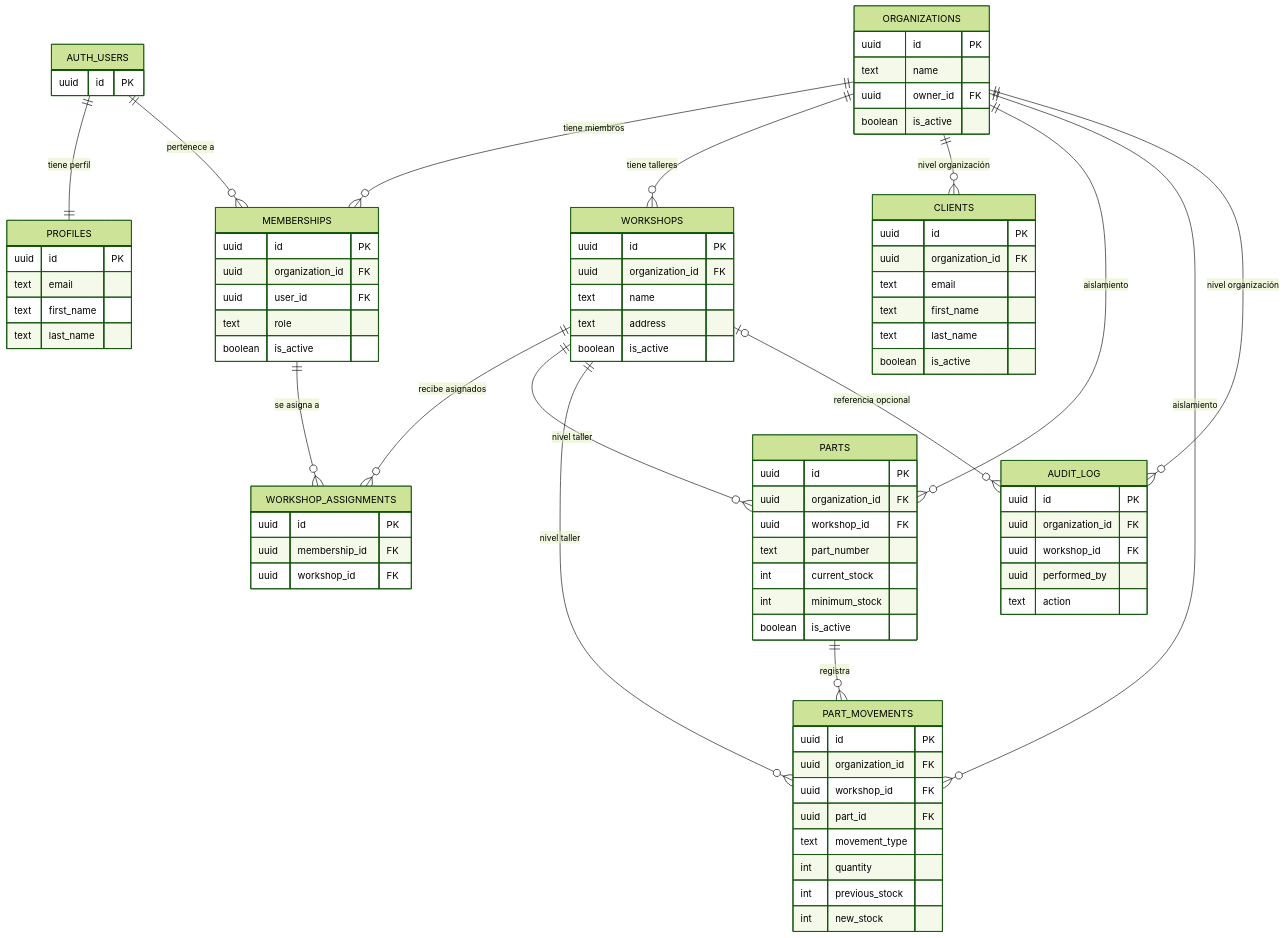
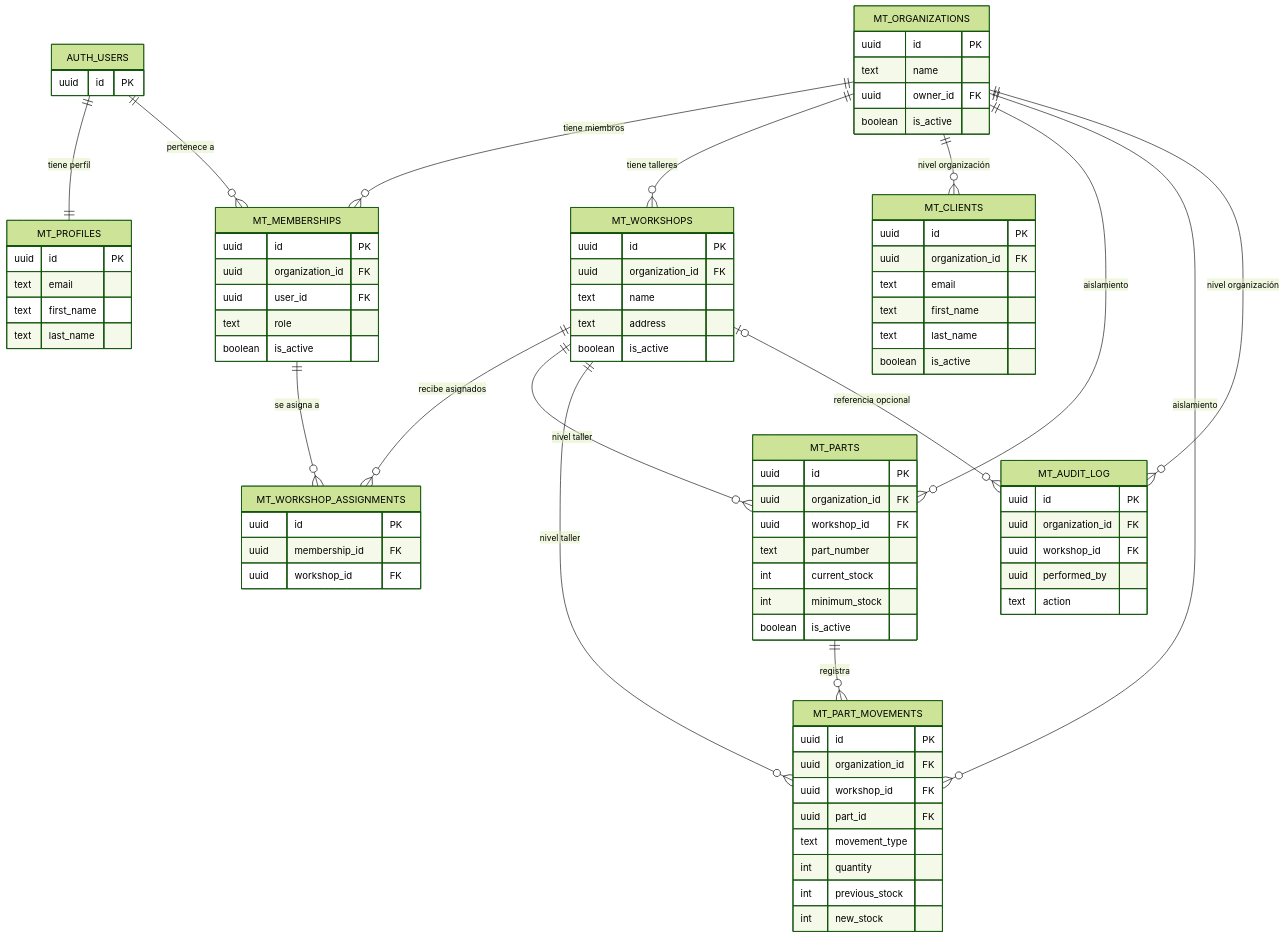
One commit to dtarqui/MotoCore changed the diagram in docs/ingenieria/05-modelo-datos.md. Above: the diagram before and after it, drawn with Mermaid (forest theme). The commit also changed other lines of this file and 27 other files, not shown here.

Commit message:
refactor: database schema and functions for MotoCore: rename tables and functions with 'mt_' prefix, implement row-level security, and update migration scripts. Add reset and verification scripts for schema integrity.

````diff
--- a/docs/ingenieria/05-modelo-datos.md
+++ b/docs/ingenieria/05-modelo-datos.md
@@ -9,53 +9,53 @@
 ```mermaid
 erDiagram
-    AUTH_USERS ||--|| PROFILES : "tiene perfil"
-    AUTH_USERS ||--o{ MEMBERSHIPS : "pertenece a"
-    ORGANIZATIONS ||--o{ MEMBERSHIPS : "tiene miembros"
-    ORGANIZATIONS ||--o{ WORKSHOPS : "tiene talleres"
-    MEMBERSHIPS ||--o{ WORKSHOP_ASSIGNMENTS : "se asigna a"
-    WORKSHOPS ||--o{ WORKSHOP_ASSIGNMENTS : "recibe asignados"
-    ORGANIZATIONS ||--o{ CLIENTS : "nivel organización"
-    ORGANIZATIONS ||--o{ PARTS : "aislamiento"
-    WORKSHOPS ||--o{ PARTS : "nivel taller"
-    PARTS ||--o{ PART_MOVEMENTS : "registra"
-    ORGANIZATIONS ||--o{ PART_MOVEMENTS : "aislamiento"
-    WORKSHOPS ||--o{ PART_MOVEMENTS : "nivel taller"
-    ORGANIZATIONS ||--o{ AUDIT_LOG : "nivel organización"
-    WORKSHOPS |o--o{ AUDIT_LOG : "referencia opcional"
+    AUTH_USERS ||--|| MT_PROFILES : "tiene perfil"
+    AUTH_USERS ||--o{ MT_MEMBERSHIPS : "pertenece a"
+    MT_ORGANIZATIONS ||--o{ MT_MEMBERSHIPS : "tiene miembros"
+    MT_ORGANIZATIONS ||--o{ MT_WORKSHOPS : "tiene talleres"
+    MT_MEMBERSHIPS ||--o{ MT_WORKSHOP_ASSIGNMENTS : "se asigna a"
+    MT_WORKSHOPS ||--o{ MT_WORKSHOP_ASSIGNMENTS : "recibe asignados"
+    MT_ORGANIZATIONS ||--o{ MT_CLIENTS : "nivel organización"
+    MT_ORGANIZATIONS ||--o{ MT_PARTS : "aislamiento"
+    MT_WORKSHOPS ||--o{ MT_PARTS : "nivel taller"
+    MT_PARTS ||--o{ MT_PART_MOVEMENTS : "registra"
+    MT_ORGANIZATIONS ||--o{ MT_PART_MOVEMENTS : "aislamiento"
+    MT_WORKSHOPS ||--o{ MT_PART_MOVEMENTS : "nivel taller"
+    MT_ORGANIZATIONS ||--o{ MT_AUDIT_LOG : "nivel organización"
+    MT_WORKSHOPS |o--o{ MT_AUDIT_LOG : "referencia opcional"
 
     AUTH_USERS { uuid id PK }
-    PROFILES {
+    MT_PROFILES {
         uuid id PK
         text email
         text first_name
         text last_name
     }
-    ORGANIZATIONS {
+    MT_ORGANIZATIONS {
         uuid id PK
         text name
         uuid owner_id FK
         boolean is_active
     }
-    WORKSHOPS {
+    MT_WORKSHOPS {
         uuid id PK
         uuid organization_id FK
         text name
         text address
         boolean is_active
     }
-    MEMBERSHIPS {
+    MT_MEMBERSHIPS {
         uuid id PK
         uuid organization_id FK
         uuid user_id FK
         text role
         boolean is_active
     }
-    WORKSHOP_ASSIGNMENTS {
+    MT_WORKSHOP_ASSIGNMENTS {
         uuid id PK
         uuid membership_id FK
         uuid workshop_id FK
     }
-    CLIENTS {
+    MT_CLIENTS {
         uuid id PK
         uuid organization_id FK
         text email
@@ -63,7 +63,7 @@
         text last_name
         boolean is_active
     }
-    PARTS {
+    MT_PARTS {
         uuid id PK
         uuid organization_id FK
         uuid workshop_id FK
@@ -72,7 +72,7 @@
         int minimum_stock
         boolean is_active
     }
-    PART_MOVEMENTS {
+    MT_PART_MOVEMENTS {
         uuid id PK
         uuid organization_id FK
         uuid workshop_id FK
@@ -82,7 +82,7 @@
         int previous_stock
         int new_stock
     }
-    AUDIT_LOG {
+    MT_AUDIT_LOG {
         uuid id PK
         uuid organization_id FK
         uuid workshop_id FK
````
